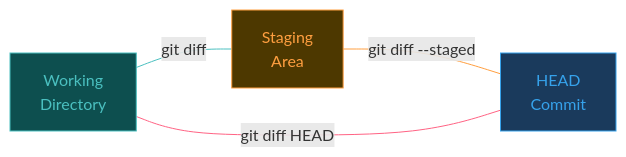
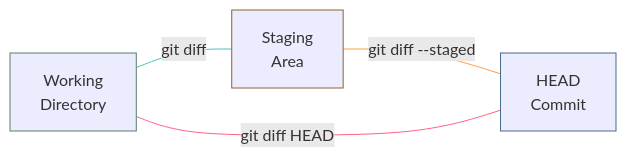
One commit to chkimsu/adtech-blog changed the third of 13 diagrams in posts/git-practical-guide.md. Above: the diagram before and after it, drawn with Mermaid. The commit also changed other lines of this file and 40 other files, not shown here.

````diff
--- a/posts/git-practical-guide.md
+++ b/posts/git-practical-guide.md
@@ -194,14 +194,14 @@
 ```mermaid
 graph LR
     WD["Working<br/>Directory"] ---|"git diff"| SA["Staging<br/>Area"]
     SA ---|"git diff --staged"| HC["HEAD<br/>Commit"]
     WD ---|"git diff HEAD"| HC
 
-    style WD fill:#0d4f4f,stroke:#4bc0c0,color:#4bc0c0
-    style SA fill:#4d3800,stroke:#ff9f40,color:#ff9f40
-    style HC fill:#1a3a5c,stroke:#36a2eb,color:#36a2eb
+    style WD stroke:#5b7d6a
+    style SA stroke:#8f6231
+    style HC stroke:#4a6b8a
 
     linkStyle 0 stroke:#4bc0c0
     linkStyle 1 stroke:#ff9f40
     linkStyle 2 stroke:#ff6384
 ```
````
